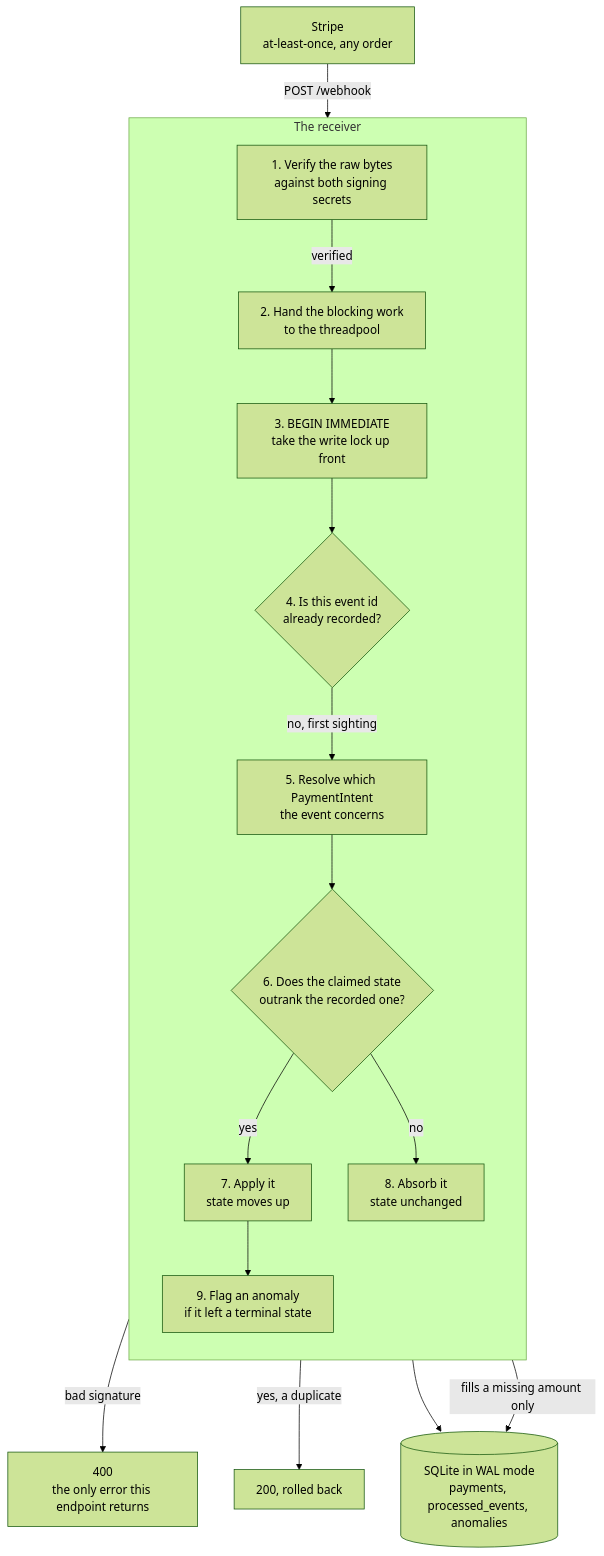
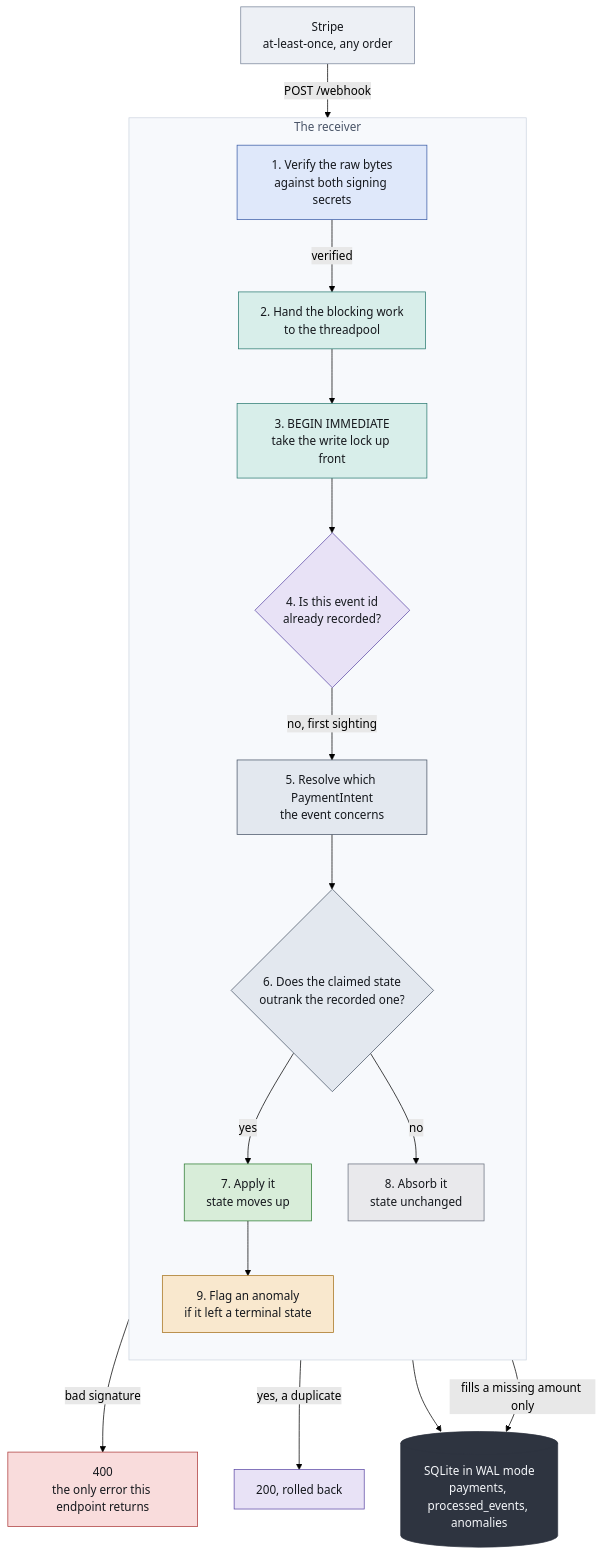
Before and after one commit to Michael-QA-Labs/stripe-reconciler: the diagram in README.md, drawn with Mermaid (forest theme). The commit also changed other lines of this file, not shown here.

Commit message:
Colour the diagram by what each step does
Nine different hues would have been decoration and would have made the diagram
harder to read, not easier. Colour groups the steps by function instead, so the
phases of the pipeline read at a glance: the signature gate in blue, the
concurrency machinery in teal, deduplication in violet, the resolve and rank
decision in slate, and the three outcomes in green, grey and amber. Red marks
the one path that returns an error.

The dedupe branch shares its colour with step 4 rather than with the other
terminals, because "200, rolled back" is that step's outcome and not a separate
result.

Fills and text colours are set explicitly rather than left to the theme, so the
diagram reads the same in GitHub's light and dark modes. The subgraph is styled
too, since Mermaid's default panel fill is a cream yellow that fought the rest
of the palette.

Adds a sentence naming the encoding, so a reader is told what the colour means
rather than left to infer it.

Rendered and inspected via mermaid-cli rather than assumed.

````diff
--- a/README.md
+++ b/README.md
@@ -52,32 +52,56 @@
 ```mermaid
 flowchart TD
     S["Stripe<br/>at-least-once, any order"]
     S -->|"POST /webhook"| V
 
     subgraph R ["The receiver"]
         direction TB
         V["1. Verify the raw bytes<br/>against both signing secrets"]
         T["2. Hand the blocking work<br/>to the threadpool"]
         L["3. BEGIN IMMEDIATE<br/>take the write lock up front"]
         D{"4. Is this event id<br/>already recorded?"}
         P["5. Resolve which PaymentIntent<br/>the event concerns"]
         C{"6. Does the claimed state<br/>outrank the recorded one?"}
         A["7. Apply it<br/>state moves up"]
         B["8. Absorb it<br/>state unchanged"]
         X["9. Flag an anomaly<br/>if it left a terminal state"]
     end
 
     V -->|"bad signature"| E["400<br/>the only error this endpoint returns"]
     V -->|"verified"| T
     T --> L
     L --> D
     D -->|"yes, a duplicate"| DROP["200, rolled back"]
     D -->|"no, first sighting"| P
     P --> C
     C -->|"yes"| A
     C -->|"no"| B
     A --> X
     X --> DB
     B -->|"fills a missing amount only"| DB
     DB[("SQLite in WAL mode<br/>payments, processed_events, anomalies")]
+
+    style R fill:#F7F9FC,stroke:#CDD5E0,color:#4A5568
+
+    classDef source fill:#EDF0F5,stroke:#78849A,color:#15181D
+    classDef gate fill:#DFE8FA,stroke:#3A5CA6,color:#15181D
+    classDef concur fill:#D8EEEA,stroke:#2A7A71,color:#15181D
+    classDef dedupe fill:#E8E2F6,stroke:#5C48A6,color:#15181D
+    classDef decide fill:#E3E8EF,stroke:#485466,color:#15181D
+    classDef apply fill:#D8EDD9,stroke:#2C7B30,color:#15181D
+    classDef absorb fill:#E9E9EC,stroke:#69707D,color:#15181D
+    classDef anomaly fill:#F9E8CE,stroke:#A5711A,color:#15181D
+    classDef reject fill:#F9DCDC,stroke:#AC3939,color:#15181D
+    classDef store fill:#2E3440,stroke:#2E3440,color:#F5F7FA
+
+    class S source
+    class V gate
+    class E reject
+    class T,L concur
+    class D,DROP dedupe
+    class P,C decide
+    class A apply
+    class B absorb
+    class X anomaly
+    class DB store
 ```
````
